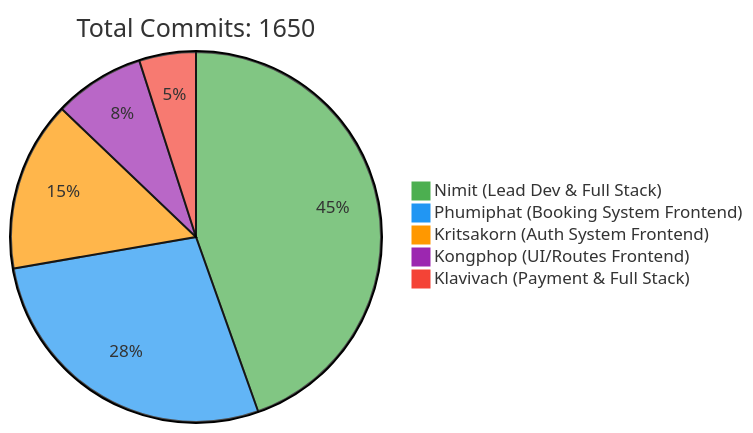
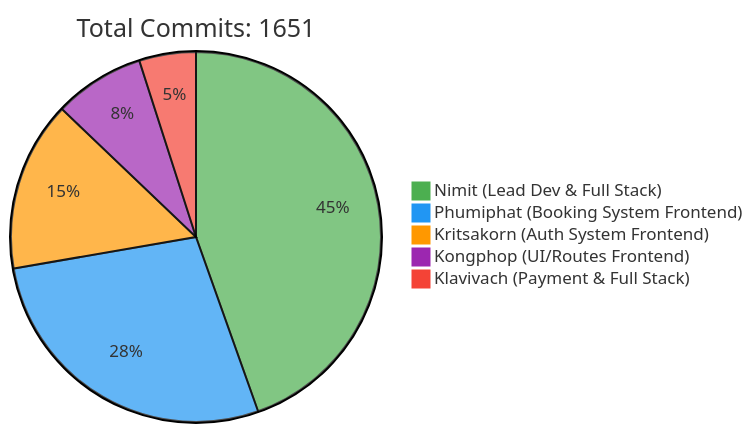
The first of 2 diagrams in README.md (6531503042/Sport-Complex), drawn with Mermaid before and after one commit. The commit also changed other lines of this file, not shown here.

Commit message:
docs: Update contributor statistics [skip ci]

````diff
--- a/README.md
+++ b/README.md
@@ -257,10 +257,10 @@
 ```mermaid
 %%{init: {'theme': 'base', 'themeVariables': { 'pie1': '#4CAF50', 'pie2': '#2196F3', 'pie3': '#FF9800', 'pie4': '#9C27B0', 'pie5': '#F44336'}}}%%
 pie
-    title Total Commits: 1650
+    title Total Commits: 1651
     "Nimit (Lead Dev & Full Stack)" : 450
     "Phumiphat (Booking System Frontend)" : 280
     "Kritsakorn (Auth System Frontend)" : 150
     "Kongphop (UI/Routes Frontend)" : 80
     "Klavivach (Payment & Full Stack)" : 50
 ```
````
